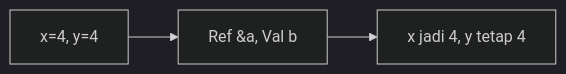
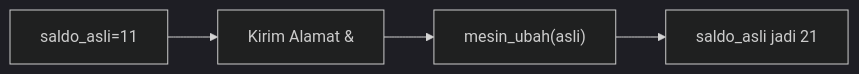
One commit to amnahwaida/OSNK_INF_PREP changed the first of 25 diagrams in part-c-pemahaman-cpp/04-fungsi/latihan/set-10.md. Above: the diagram before and after it, drawn with Mermaid (dark theme). The commit also changed other lines of this file and 71 other files, not shown here.

````diff
--- a/part-c-pemahaman-cpp/04-fungsi/latihan/set-10.md
+++ b/part-c-pemahaman-cpp/04-fungsi/latihan/set-10.md
@@ -21,5 +21,6 @@
 ```mermaid
 graph LR
-A["x=4, y=4"] --> B["Ref &a, Val b"]
-B --> C["x jadi 4, y tetap 4"]
+A["saldo_asli=11"] --> B["Kirim Alamat &"]
+B --> C["mesin_ubah(asli)"]
+C --> D["saldo_asli jadi 21"]
 ```
````
